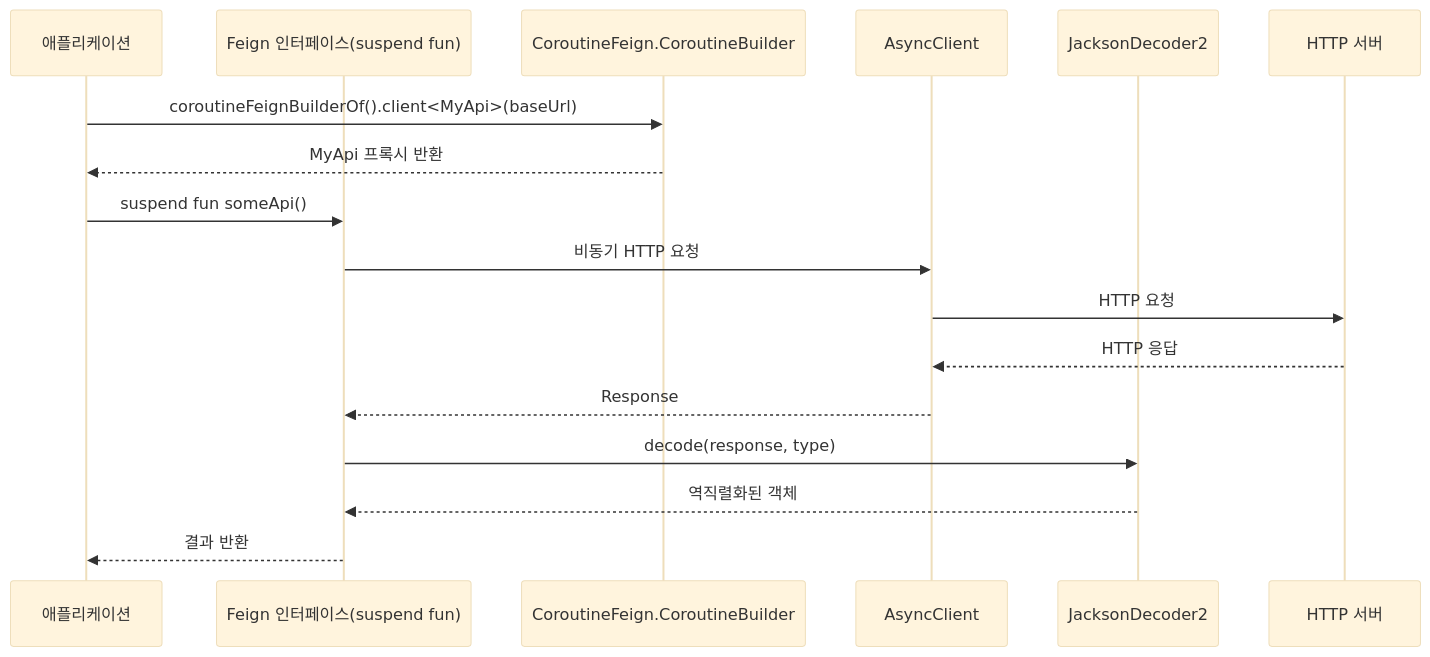
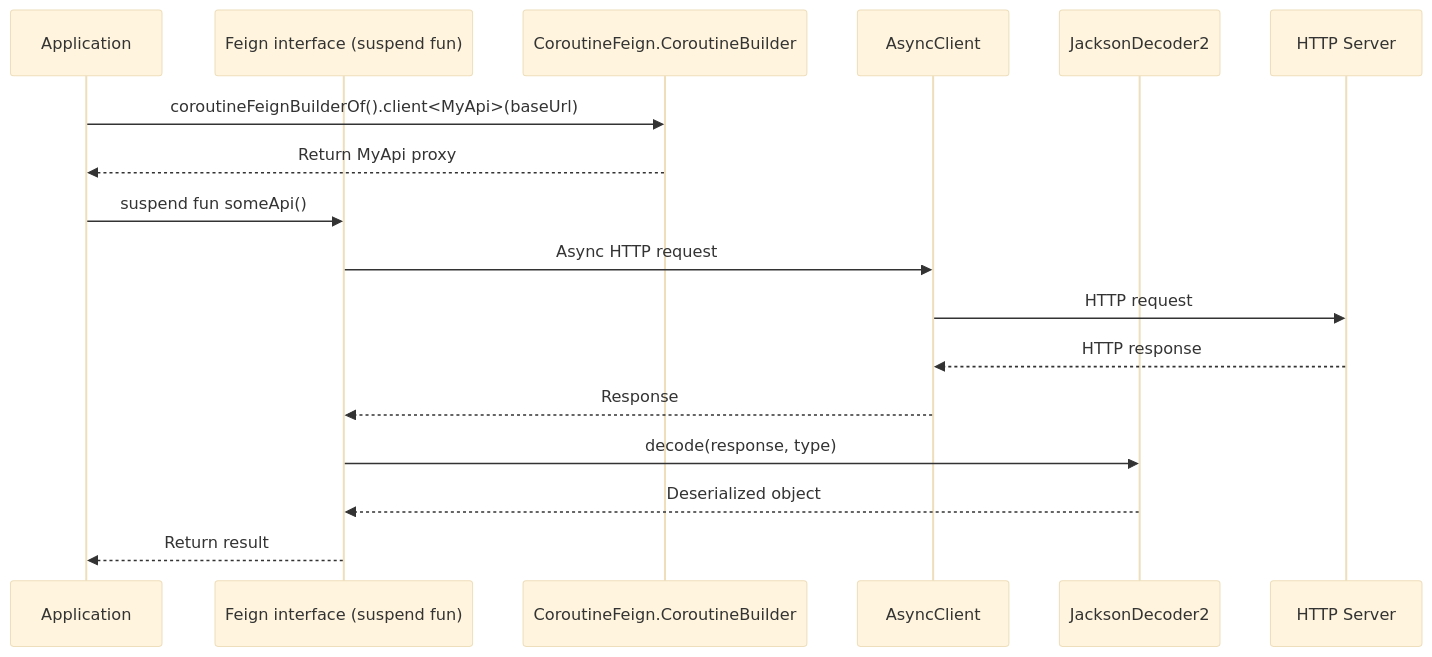
One commit to bluetape4k/bluetape4k-projects changed the third of 3 diagrams in io/feign/README.md. Above: the diagram before and after it, drawn with Mermaid (base theme). The commit also changed other lines of this file and 265 other files, not shown here.

````diff
--- a/io/feign/README.md
+++ b/io/feign/README.md
@@ -264,21 +266,21 @@
 ```mermaid
 sequenceDiagram
-    participant App as 애플리케이션
-    participant API as Feign 인터페이스(suspend fun)
+    participant App as Application
+    participant API as Feign interface (suspend fun)
     participant CB as CoroutineFeign.CoroutineBuilder
     participant AC as AsyncClient
     participant Codec as JacksonDecoder2
-    participant Server as HTTP 서버
+    participant Server as HTTP Server
 
     App->>CB: coroutineFeignBuilderOf().client<MyApi>(baseUrl)
-    CB-->>App: MyApi 프록시 반환
+    CB-->>App: Return MyApi proxy
 
     App->>API: suspend fun someApi()
-    API->>AC: 비동기 HTTP 요청
-    AC->>Server: HTTP 요청
-    Server-->>AC: HTTP 응답
+    API->>AC: Async HTTP request
+    AC->>Server: HTTP request
+    Server-->>AC: HTTP response
     AC-->>API: Response
     API->>Codec: decode(response, type)
-    Codec-->>API: 역직렬화된 객체
-    API-->>App: 결과 반환
+    Codec-->>API: Deserialized object
+    API-->>App: Return result
 ```
````
